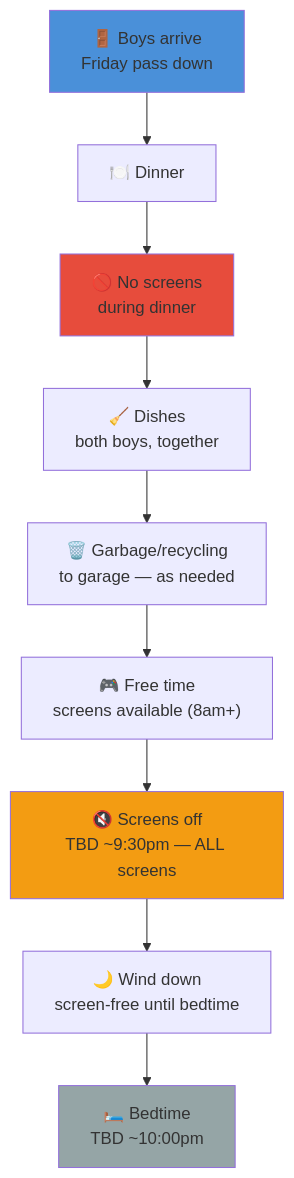
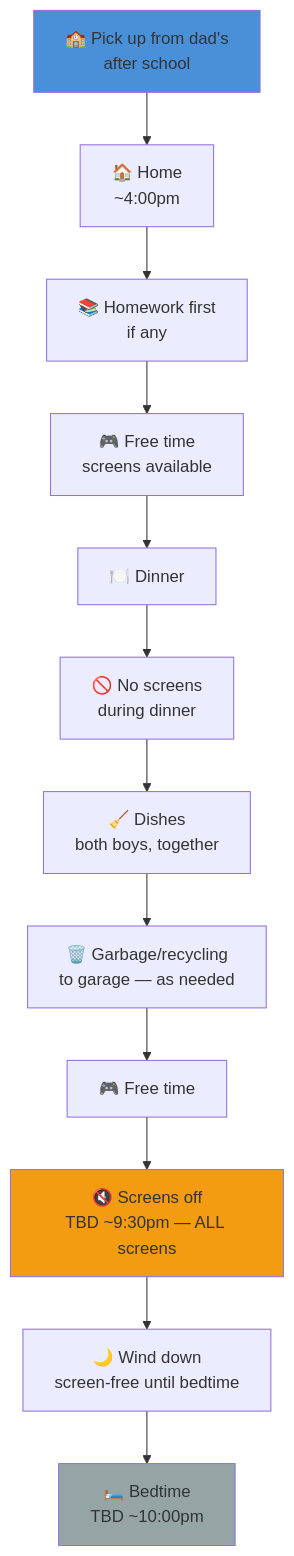
Before and after one commit to ajass/technology-reset: the second of 2 diagrams in day-types/01-friday.md, drawn with Mermaid. The commit also changed other lines of this file and 6 other files, not shown here.

Commit message:
Remove 8am screen availability notes (internet off until8am, not screen availability), restructure Friday for custody alternation (Week A morning with us vs Week B pickup after school)

````diff
--- a/day-types/01-friday.md
+++ b/day-types/01-friday.md
@@ -7,16 +31,18 @@
 ```mermaid
 flowchart TD
-    A["🚪 Boys arrive<br/>Friday pass down"] --> B["🍽️ Dinner"]
-    B --> C["🚫 No screens<br/>during dinner"]
-    C --> D["🧹 Dishes<br/>both boys, together"]
-    D --> E["🗑️ Garbage/recycling<br/>to garage — as needed"]
-    E --> F["🎮 Free time<br/>screens available (8am+)"]
-    F --> G["🔇 Screens off<br/>TBD ~9:30pm — ALL screens"]
-    G --> H["🌙 Wind down<br/>screen-free until bedtime"]
-    H --> I["🛏️ Bedtime<br/>TBD ~10:00pm"]
+    A["🏫 Pick up from dad's<br/>after school"] --> B["🏠 Home<br/>~4:00pm"]
+    B --> C["📚 Homework first<br/>if any"]
+    C --> D["🎮 Free time<br/>screens available"]
+    D --> E["🍽️ Dinner"]
+    E --> F["🚫 No screens<br/>during dinner"]
+    F --> G["🧹 Dishes<br/>both boys, together"]
+    G --> H["🗑️ Garbage/recycling<br/>to garage — as needed"]
+    H --> I["🎮 Free time"]
+    I --> J["🔇 Screens off<br/>TBD ~9:30pm — ALL screens"]
+    J --> K["🌙 Wind down<br/>screen-free until bedtime"]
+    K --> L["🛏️ Bedtime<br/>TBD ~10:00pm"]
 
     style A fill:#4a90d9
-    style C fill:#e74c3c
-    style G fill:#f39c12
-    style I fill:#95a5a6
+    style J fill:#f39c12
+    style L fill:#95a5a6
 ```
````
